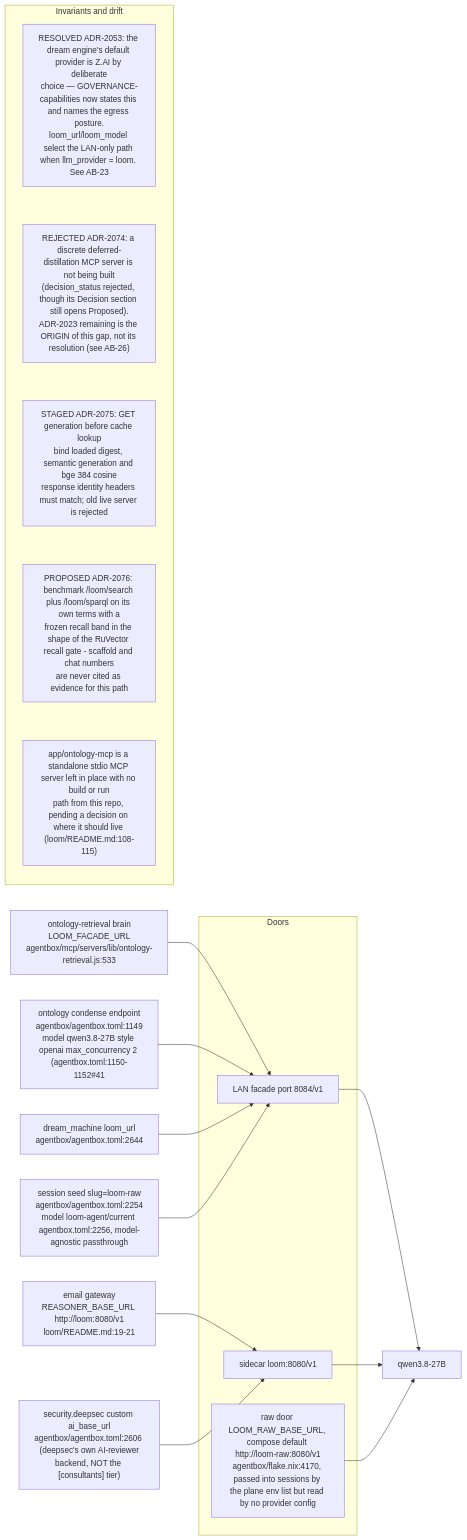
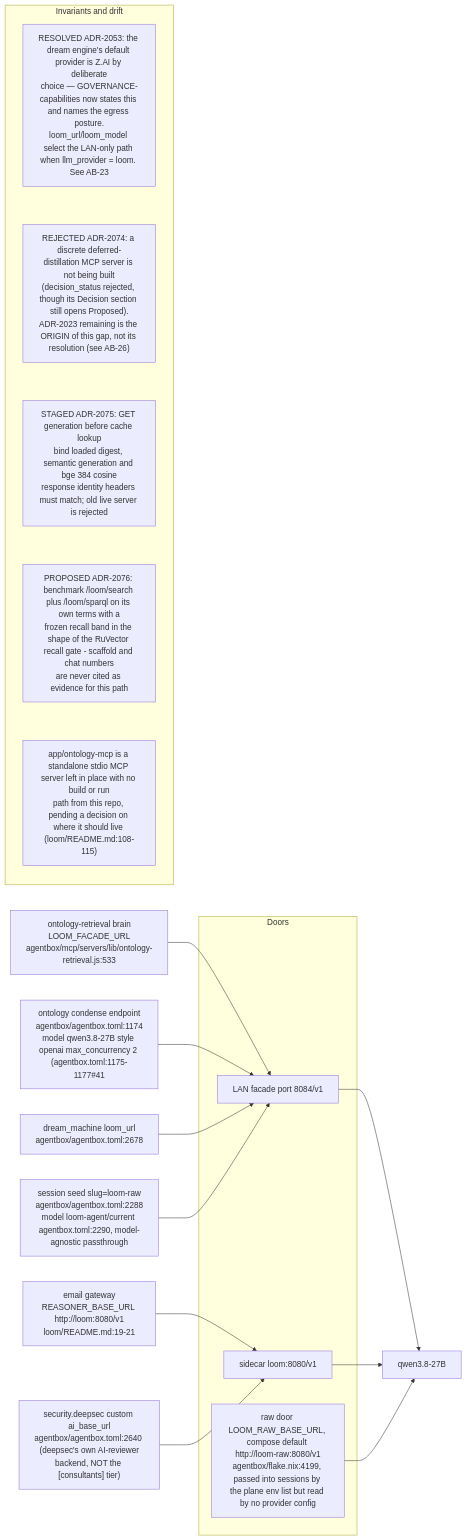
The eighth of 14 diagrams in docs/diagrams/agentbox/24-loom-facade.md (DreamLab-AI/VisionFlow), drawn with Mermaid before and after one commit. The commit also changed other lines of this file and 7 other files, not shown here.

````diff
--- a/docs/diagrams/agentbox/24-loom-facade.md
+++ b/docs/diagrams/agentbox/24-loom-facade.md
@@ -338,26 +338,26 @@
 ```mermaid
 flowchart LR
     subgraph doors["Doors"]
         D84["LAN facade port 8084/v1"]
         D80["sidecar loom:8080/v1"]
-        D85["raw door LOOM_RAW_BASE_URL, compose default http://loom-raw:8080/v1<br/>agentbox/flake.nix:4170, passed into sessions by the plane env list but read by no provider config"]
+        D85["raw door LOOM_RAW_BASE_URL, compose default http://loom-raw:8080/v1<br/>agentbox/flake.nix:4199, passed into sessions by the plane env list but read by no provider config"]
     end
     RET["ontology-retrieval brain<br/>LOOM_FACADE_URL<br/>agentbox/mcp/servers/lib/ontology-retrieval.js:533"] --> D84
-    COND["ontology condense endpoint<br/>agentbox/agentbox.toml:1149<br/>model qwen3.8-27B style openai max_concurrency 2 #40;agentbox.toml:1150-1152#41;"] --> D84
-    DREAM["dream_machine loom_url<br/>agentbox/agentbox.toml:2644"] --> D84
-    SEEDR["session seed slug=loom-raw<br/>agentbox/agentbox.toml:2254<br/>model loom-agent/current agentbox.toml:2256, model-agnostic passthrough"] --> D84
+    COND["ontology condense endpoint<br/>agentbox/agentbox.toml:1174<br/>model qwen3.8-27B style openai max_concurrency 2 #40;agentbox.toml:1175-1177#41;"] --> D84
+    DREAM["dream_machine loom_url<br/>agentbox/agentbox.toml:2678"] --> D84
+    SEEDR["session seed slug=loom-raw<br/>agentbox/agentbox.toml:2288<br/>model loom-agent/current agentbox.toml:2290, model-agnostic passthrough"] --> D84
     EMAIL["email gateway<br/>REASONER_BASE_URL http://loom:8080/v1<br/>loom/README.md:19-21"] --> D80
-    CUST["security.deepsec custom ai_base_url<br/>agentbox/agentbox.toml:2606 #40;deepsec#39;s own AI-reviewer<br/>backend, NOT the #91;consultants#93; tier#41;"] --> D80
+    CUST["security.deepsec custom ai_base_url<br/>agentbox/agentbox.toml:2640 #40;deepsec#39;s own AI-reviewer<br/>backend, NOT the #91;consultants#93; tier#41;"] --> D80
     D84 --> M["qwen3.8-27B"]
     D80 --> M
     D85 --> M
     subgraph notes["Invariants and drift"]
         direction TB
         N1["RESOLVED ADR-2053: the dream engine's default provider is Z.AI by deliberate<br/>choice — GOVERNANCE-capabilities now states this and names the egress posture.<br/>loom_url/loom_model select the LAN-only path when llm_provider = loom. See AB-23"]
         N2["REJECTED ADR-2074: a discrete deferred-distillation MCP server is not being built<br/>(decision_status rejected, though its Decision section still opens Proposed).<br/>ADR-2023 remaining is the ORIGIN of this gap, not its resolution (see AB-26)"]
         N3["STAGED ADR-2075: GET generation before cache lookup<br/>bind loaded digest, semantic generation and bge 384 cosine<br/>response identity headers must match; old live server is rejected"]
         N4["PROPOSED ADR-2076: benchmark /loom/search plus /loom/sparql on its own terms with a<br/>frozen recall band in the shape of the RuVector recall gate - scaffold and chat numbers<br/>are never cited as evidence for this path"]
         N5["app/ontology-mcp is a standalone stdio MCP server left in place with no build or run<br/>path from this repo, pending a decision on where it should live (loom/README.md:108-115)"]
         N1 ~~~ N2 ~~~ N3 ~~~ N4 ~~~ N5
     end
 ```
````
